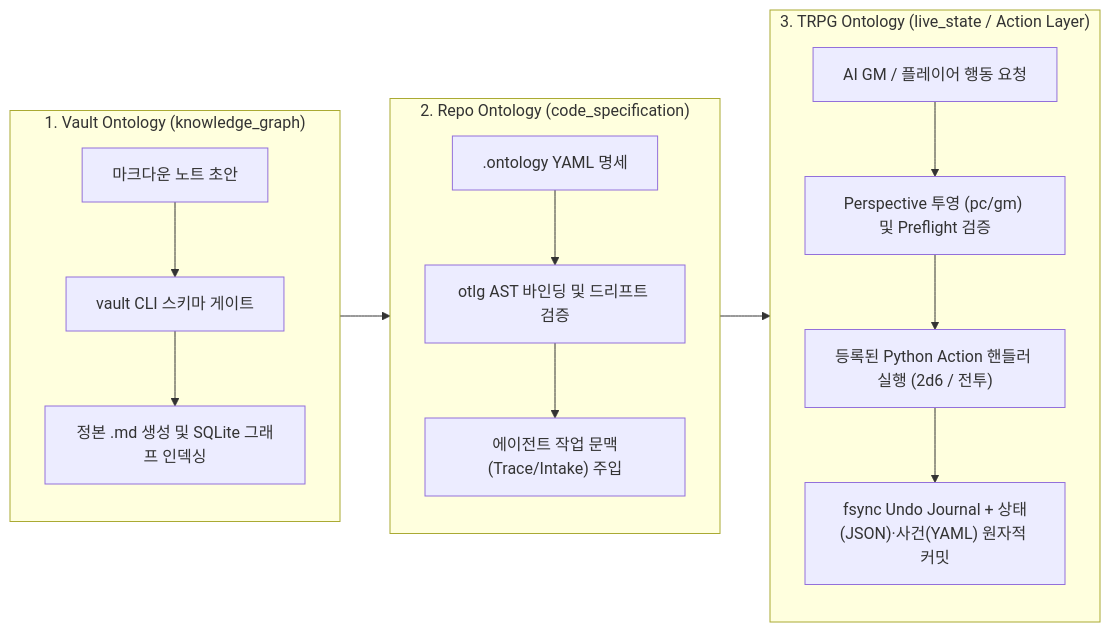
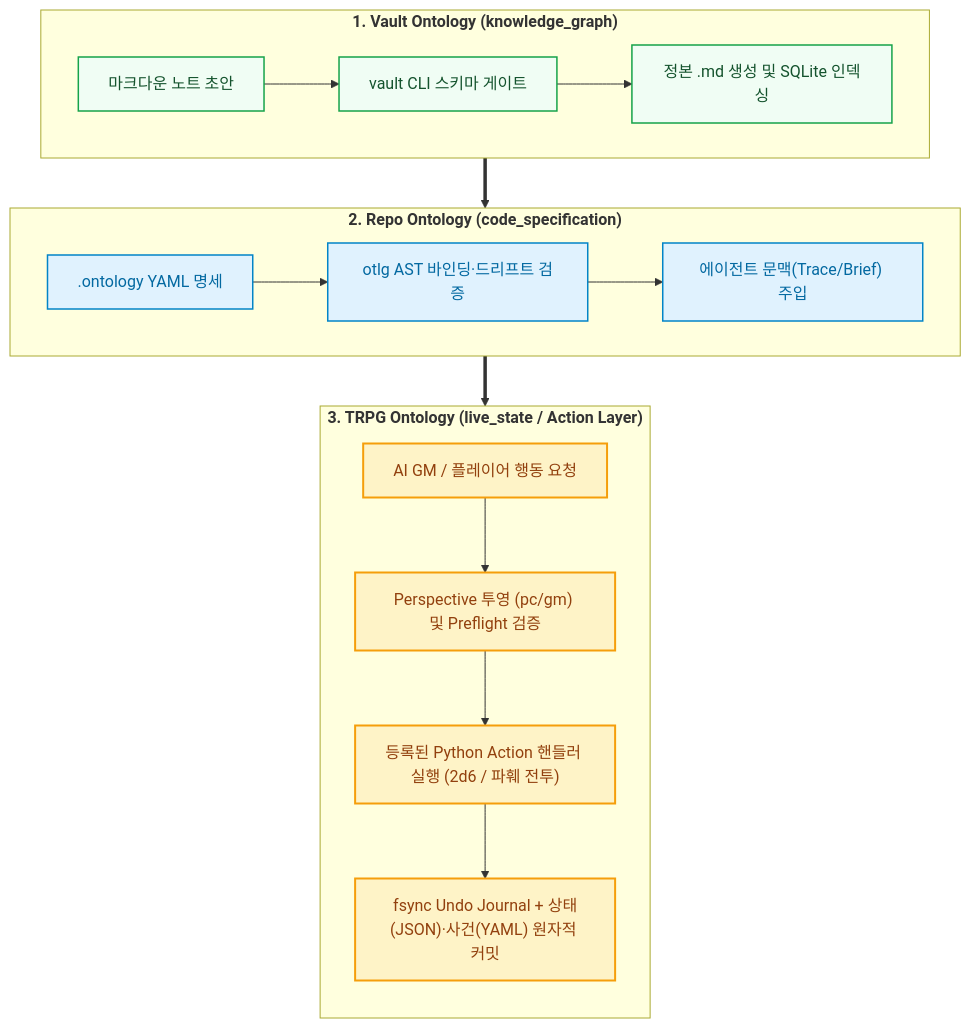
One commit to tomato-vault/tomato-vault.github.io changed the diagram in _posts/tech/ontology-engineering/7 주사위는 거짓말을 하지 않는다, TRPG에서 비로소 도달한 진짜 Action Layer.md. Above: the diagram before and after it, drawn with Mermaid. The commit also changed 19 other files, not shown here.

First line of the commit message:
Refactor ontology engineering documentation with enhanced diagrams and clarity

````diff
--- a/_posts/tech/ontology-engineering/7 주사위는 거짓말을 하지 않는다, TRPG에서 비로소 도달한 진짜 Action Layer.md
+++ b/_posts/tech/ontology-engineering/7 주사위는 거짓말을 하지 않는다, TRPG에서 비로소 도달한 진짜 Action Layer.md
@@ -30,23 +30,25 @@
 ```mermaid
-flowchart LR
-    subgraph V["1. Vault Ontology (knowledge_graph)"]
-        direction TB
-        V1["마크다운 노트 초안"] --> V2["vault CLI 스키마 게이트"]
-        V2 --> V3["정본 .md 생성 및 SQLite 그래프 인덱싱"]
+flowchart TB
+    classDef vStyle fill:#f0fdf4,stroke:#16a34a,stroke-width:1.5px,color:#14532d
+    classDef rStyle fill:#e0f2fe,stroke:#0284c7,stroke-width:1.5px,color:#0369a1
+    classDef tStyle fill:#fef3c7,stroke:#f59e0b,stroke-width:2px,color:#92400e
+
+    subgraph V["<b>1. Vault Ontology (knowledge_graph)</b>"]
+        direction LR
+        V1["마크다운 노트 초안"]:::vStyle --> V2["vault CLI 스키마 게이트"]:::vStyle --> V3["정본 .md 생성 및 SQLite 인덱싱"]:::vStyle
     end
 
-    subgraph R["2. Repo Ontology (code_specification)"]
-        direction TB
-        R1[".ontology YAML 명세"] --> R2["otlg AST 바인딩 및 드리프트 검증"]
-        R2 --> R3["에이전트 작업 문맥(Trace/Intake) 주입"]
+    subgraph R["<b>2. Repo Ontology (code_specification)</b>"]
+        direction LR
+        R1[".ontology YAML 명세"]:::rStyle --> R2["otlg AST 바인딩·드리프트 검증"]:::rStyle --> R3["에이전트 문맥(Trace/Brief) 주입"]:::rStyle
     end
 
-    subgraph T["3. TRPG Ontology (live_state / Action Layer)"]
+    subgraph T["<b>3. TRPG Ontology (live_state / Action Layer)</b>"]
         direction TB
-        T1["AI GM / 플레이어 행동 요청"] --> T2["Perspective 투영 (pc/gm) 및 Preflight 검증"]
-        T2 --> T3["등록된 Python Action 핸들러 실행 (2d6 / 전투)"]
-        T3 --> T4["fsync Undo Journal + 상태(JSON)·사건(YAML) 원자적 커밋"]
+        T1["AI GM / 플레이어 행동 요청"]:::tStyle --> T2["Perspective 투영 (pc/gm) 및 Preflight 검증"]:::tStyle
+        T2 --> T3["등록된 Python Action 핸들러 실행 (2d6 / 파훼 전투)"]:::tStyle
+        T3 --> T4["fsync Undo Journal + 상태(JSON)·사건(YAML) 원자적 커밋"]:::tStyle
     end
 
-    V --> R --> T
+    V ==> R ==> T
 ```
````
